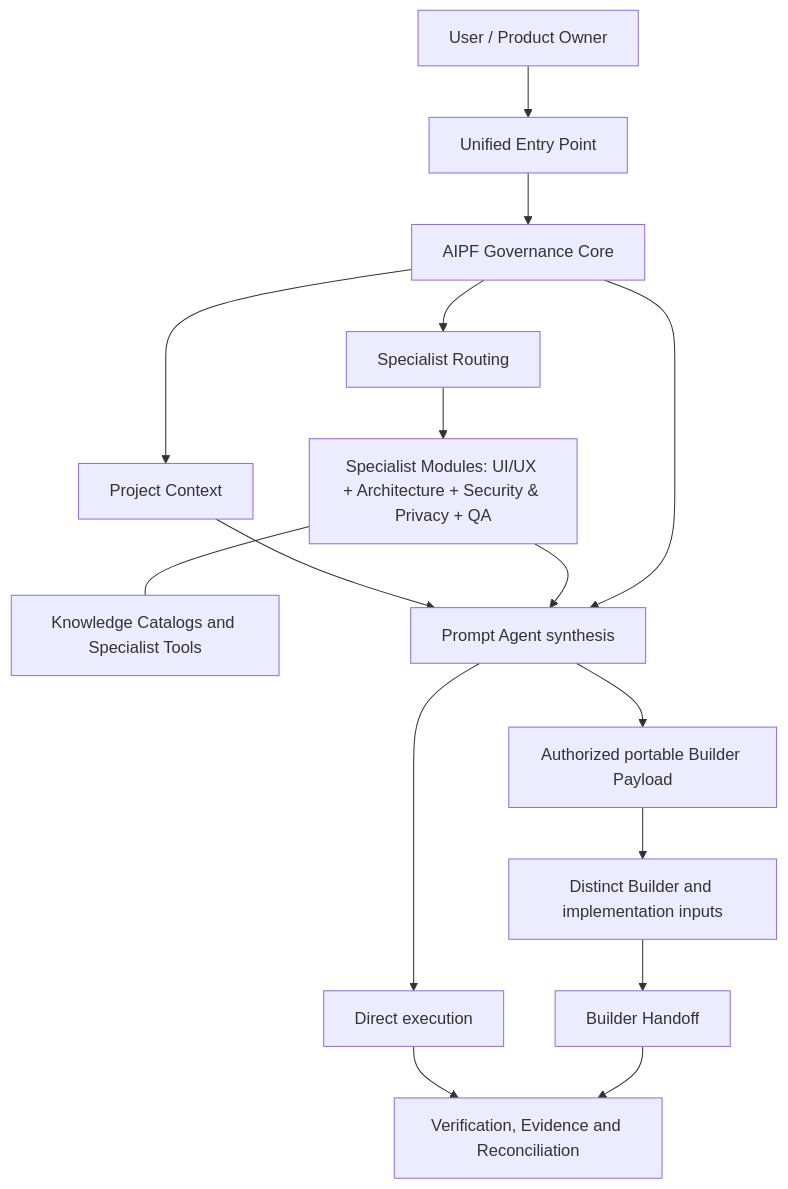
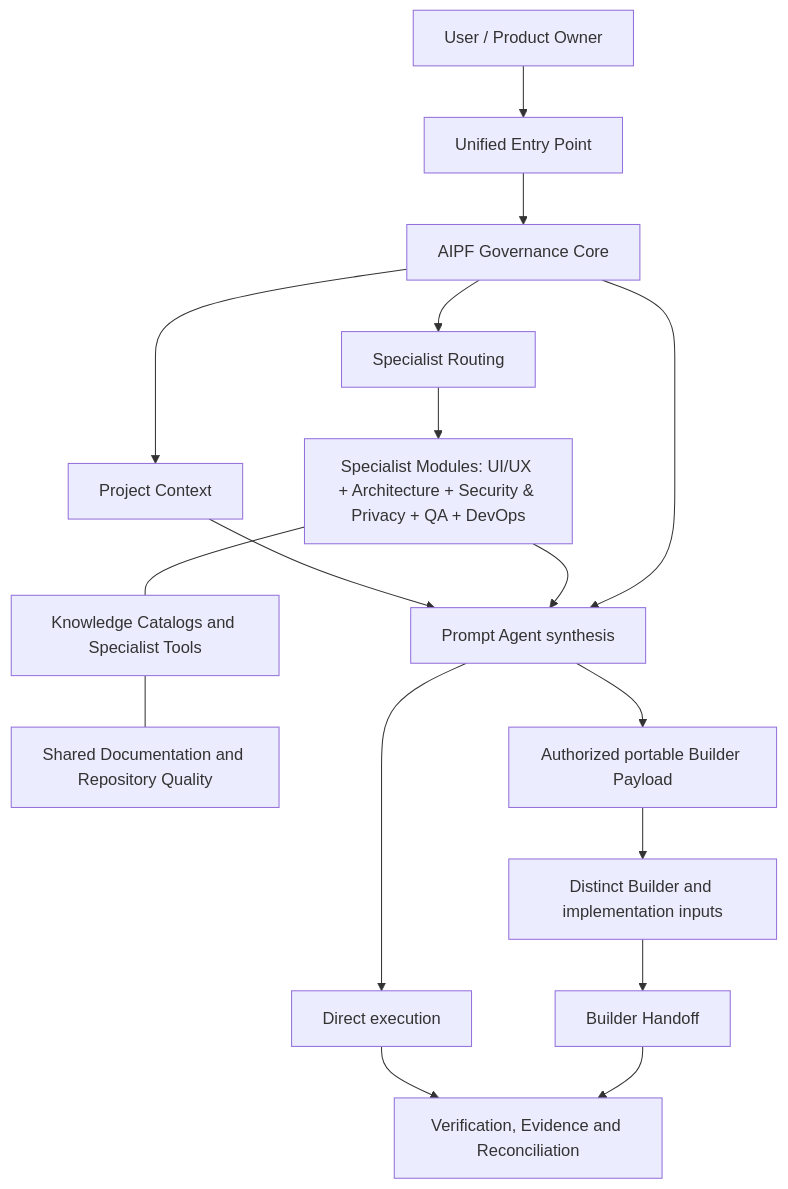
Before and after one commit to S-Pillow/praxis: the diagram in docs/ARCHITECTURE.md, drawn with Mermaid. The commit also changed other lines of this file and 11 other files, not shown here.

Commit message:
B5: consolidate approved DevOps PRD and reconcile v1.4.0 documentation

````diff
--- a/docs/ARCHITECTURE.md
+++ b/docs/ARCHITECTURE.md
@@ -7,18 +7,19 @@
 ```mermaid
 flowchart TD
   U[User / Product Owner] --> E[Unified Entry Point]
   E --> G[AIPF Governance Core]
   G --> C[Project Context]
   G --> R[Specialist Routing]
-  R --> S[Specialist Modules: UI/UX + Architecture + Security & Privacy + QA]
+  R --> S[Specialist Modules: UI/UX + Architecture + Security & Privacy + QA + DevOps]
   S --- K[Knowledge Catalogs and Specialist Tools]
+  K --- Q[Shared Documentation and Repository Quality]
   C --> P[Prompt Agent synthesis]
   S --> P
   G --> P
   P --> X[Direct execution]
   P --> B[Authorized portable Builder Payload]
   B --> D[Distinct Builder and implementation inputs]
   D --> H[Builder Handoff]
   X --> V[Verification, Evidence and Reconciliation]
   H --> V
 ```
````
